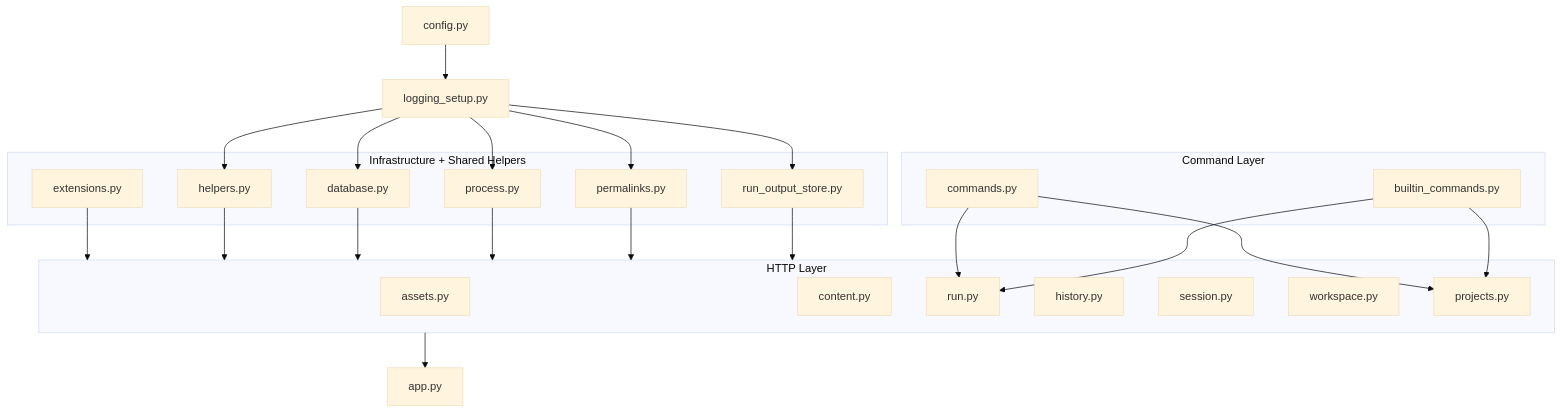
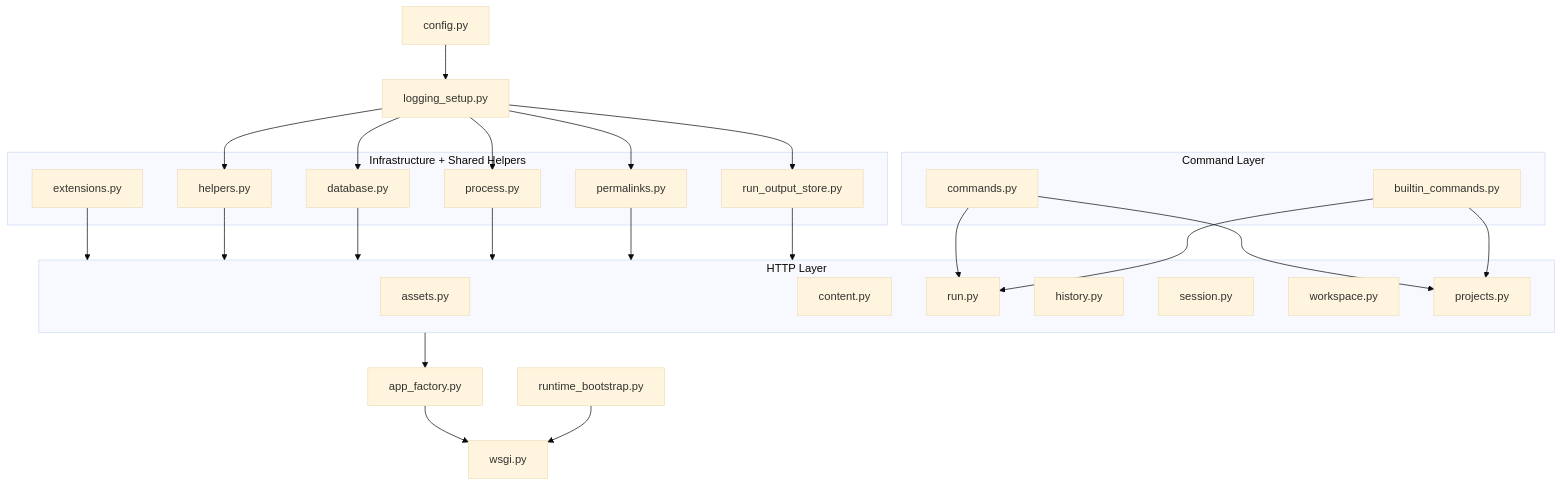
The fifth of 10 diagrams in ARCHITECTURE.md (darklab-sh/darklab-shell), drawn with Mermaid (base theme) before and after one commit. The commit also changed other lines of this file and 54 other files, not shown here.

````diff
--- a/ARCHITECTURE.md
+++ b/ARCHITECTURE.md
@@ -898,49 +898,53 @@
 ```mermaid
 flowchart TB
   Config["config.py"]
   Logging["logging_setup.py"]
 
   subgraph Infra["Infrastructure + Shared Helpers"]
     Helpers["helpers.py"]
     Database["database.py"]
     Process["process.py"]
     Permalinks["permalinks.py"]
     OutputStore["run_output_store.py"]
     Extensions["extensions.py"]
   end
 
   subgraph Commands["Command Layer"]
     CommandRules["commands.py"]
     BuiltinCommands["builtin_commands.py"]
   end
 
   subgraph Http["HTTP Layer"]
     Assets["assets.py"]
     Content["content.py"]
     Run["run.py"]
     History["history.py"]
     Session["session.py"]
     WorkspaceBp["workspace.py"]
     Projects["projects.py"]
   end
 
-  App["app.py"]
+  Factory["app_factory.py"]
+  Bootstrap["runtime_bootstrap.py"]
+  Wsgi["wsgi.py"]
 
   Config --> Logging
   Logging --> Helpers
   Logging --> Database
   Logging --> Process
   Logging --> Permalinks
   Logging --> OutputStore
   Extensions --> Http
   Helpers --> Http
   Database --> Http
   Process --> Http
   Permalinks --> Http
   OutputStore --> Http
   CommandRules --> Run
   BuiltinCommands --> Run
   CommandRules --> Projects
   BuiltinCommands --> Projects
-  Http --> App
+  Http --> Factory
+  Factory --> Wsgi
+  Bootstrap --> Wsgi
 ```
````
